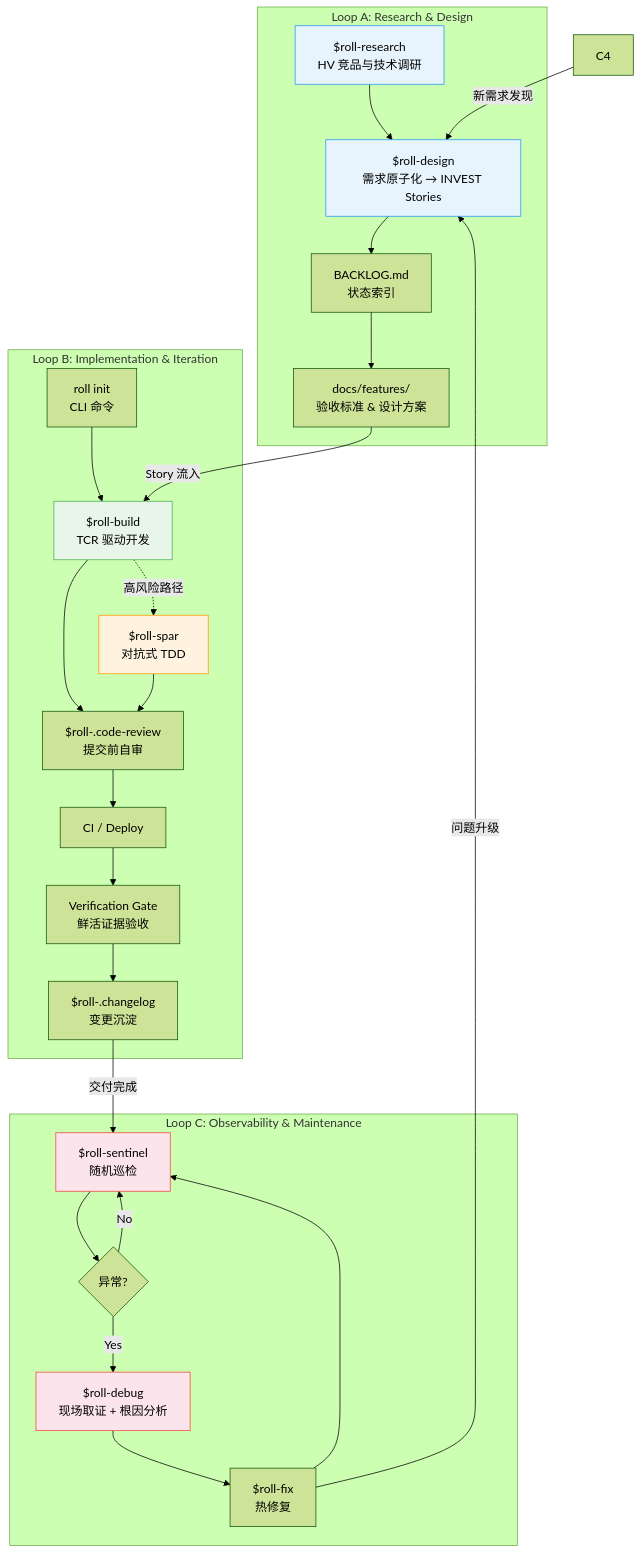
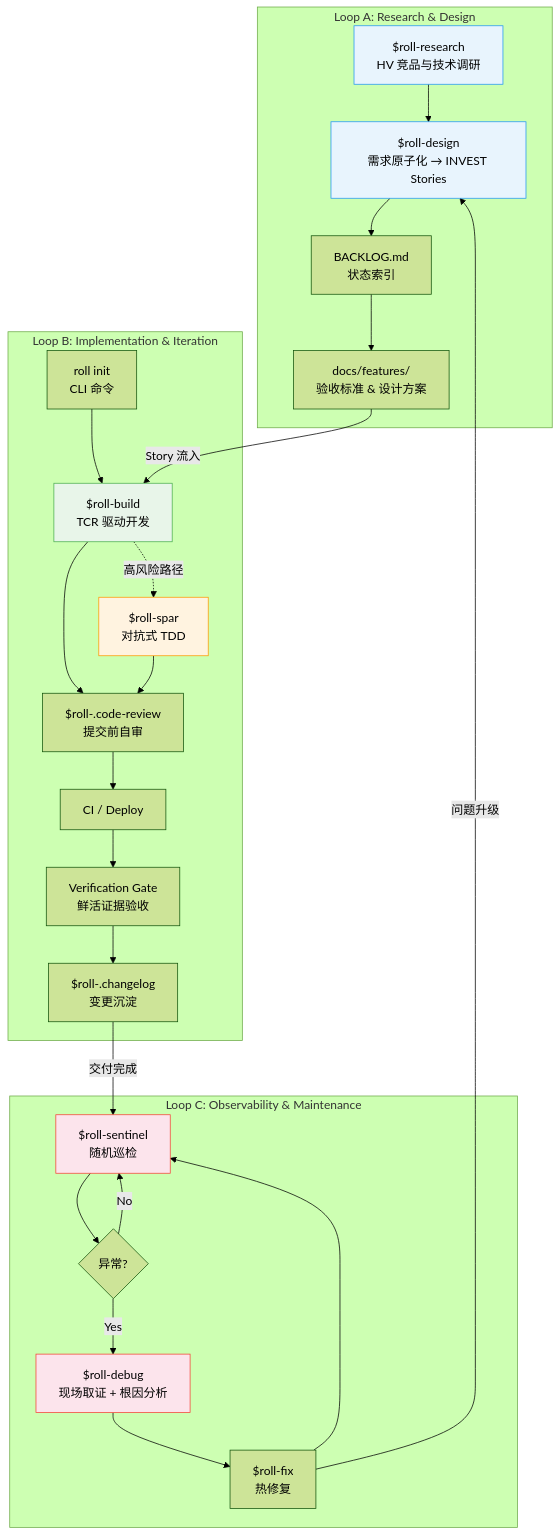
One commit to seanyao/roll changed the first of 2 diagrams in docs/methodology.md. Above: the diagram before and after it, drawn with Mermaid (forest theme). The commit also changed other lines of this file and 2 other files, not shown here.

````diff
--- a/docs/methodology.md
+++ b/docs/methodology.md
@@ -24,38 +24,37 @@
 ```mermaid
 graph TB
     subgraph "Loop A: Research & Design"
         A1["$roll-research<br/>HV 竞品与技术调研"] --> A2["$roll-design<br/>需求原子化 → INVEST Stories"]
         A2 --> A3["BACKLOG.md<br/>状态索引"]
         A3 --> A4["docs/features/<br/>验收标准 & 设计方案"]
     end
 
     subgraph "Loop B: Implementation & Iteration"
         B1["roll init<br/>CLI 命令"] --> B2["$roll-build<br/>TCR 驱动开发"]
         B2 --> B3["$roll-.code-review<br/>提交前自审"]
         B3 --> B4["CI / Deploy"]
         B4 --> B5["Verification Gate<br/>鲜活证据验收"]
         B5 --> B6["$roll-.changelog<br/>变更沉淀"]
         B2 -.->|高风险路径| B7["$roll-spar<br/>对抗式 TDD"]
         B7 --> B3
     end
 
     subgraph "Loop C: Observability & Maintenance"
         C1["$roll-sentinel<br/>随机巡检"] --> C2{"异常?"}
         C2 -->|Yes| C3["$roll-debug<br/>现场取证 + 根因分析"]
         C3 --> C5["$roll-fix<br/>热修复"]
         C5 --> C1
         C2 -->|No| C1
     end
 
     A4 -->|"Story 流入"| B2
     B6 -->|"交付完成"| C1
     C5 -->|"问题升级"| A2
-    C4 -->|"新需求发现"| A2
 
     style A1 fill:#e8f4fd,stroke:#2196F3
     style A2 fill:#e8f4fd,stroke:#2196F3
     style B2 fill:#e8f5e9,stroke:#4CAF50
     style B7 fill:#fff3e0,stroke:#FF9800
     style C1 fill:#fce4ec,stroke:#F44336
     style C3 fill:#fce4ec,stroke:#F44336
 ```
````
